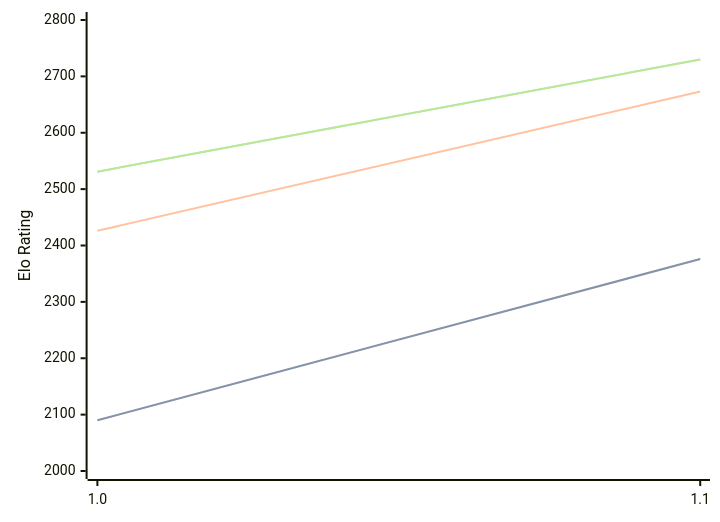
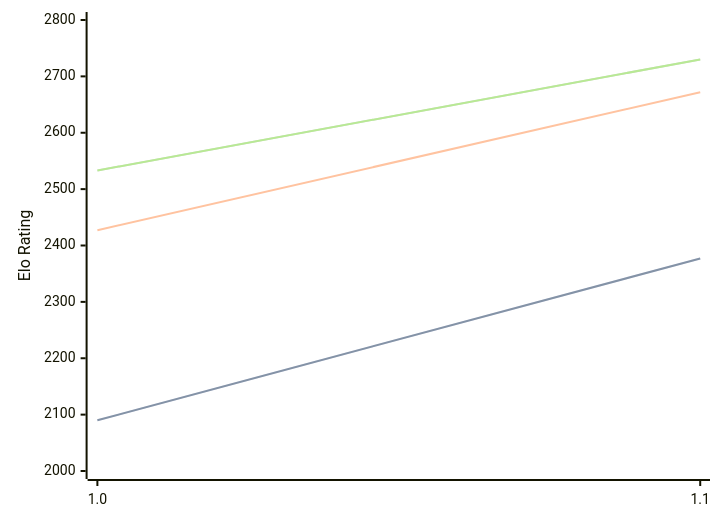
The diagram in engines/Erinn.md (computer-chess-index/cci), drawn with Mermaid before and after one commit. The commit also changed other lines of this file, not shown here.

Commit message:
Update CCI Ratings (ELO VLTC) - 2026-09-01

````diff
--- a/engines/Erinn.md
+++ b/engines/Erinn.md
@@ -32,11 +32,11 @@
 ```mermaid
 %%{init: {"theme":"base","themeVariables":{"seriesColors:['#a3a3a3','#222221','#faa371']}}}%%
 xychart-beta
   x-axis ["1.0", "1.1"]
   y-axis "Elo Rating" 2000 --> 2800
-  line "" [2090, 2376]
-  line "STC (8.0+0.08s)" [2090, 2376]
-  line "LTC (60.0+0.60s)" [2426, 2673]
-  line "" [2531, 2730]
-  line "VLTC (2m24s+1.12s)" [2531, 2730]
+  line "" [2090, 2377]
+  line "STC (8.0+0.08s)" [2090, 2377]
+  line "LTC (60.0+0.60s)" [2427, 2672]
+  line "" [2533, 2730]
+  line "VLTC (2m24s+1.12s)" [2533, 2730]
 ```
````
